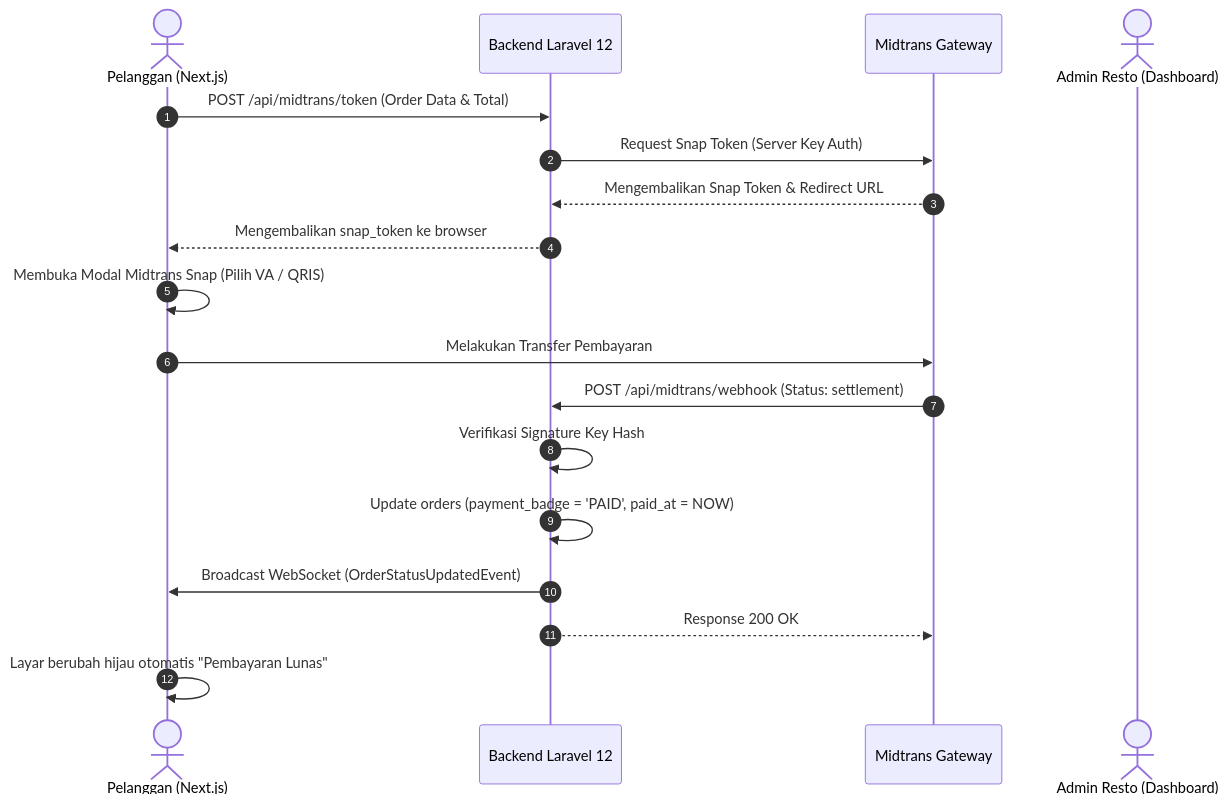
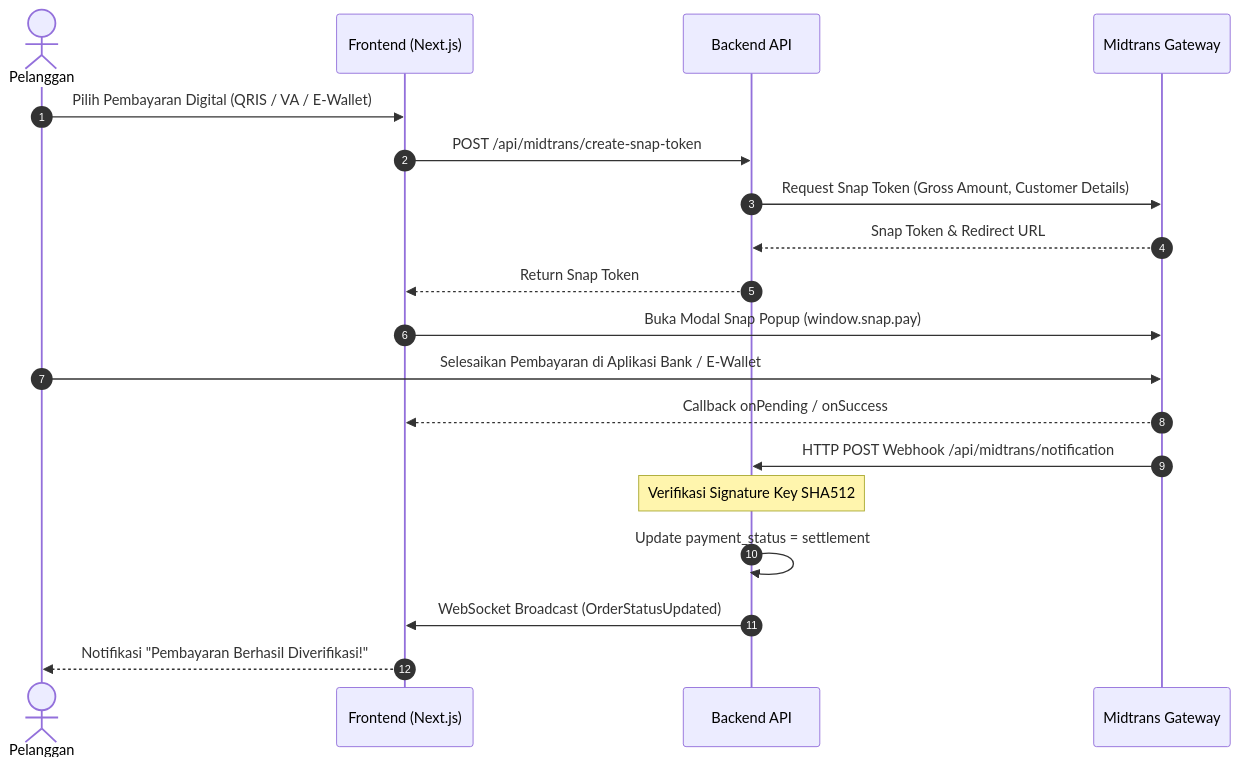
The second of 2 diagrams in nefakky3/docs/WORKFLOW.md (fatihahmadzakky19/Nefakky3), drawn with Mermaid before and after one commit. The commit also changed other lines of this file and 15 other files, not shown here.

````diff
--- a/nefakky3/docs/WORKFLOW.md
+++ b/nefakky3/docs/WORKFLOW.md
@@ -77,21 +78,22 @@
 ```mermaid
 sequenceDiagram
     autonumber
-    actor Customer as Pelanggan (Next.js)
-    participant Laravel as Backend Laravel 12
-    participant Midtrans as Midtrans Gateway
-    actor Admin as Admin Resto (Dashboard)
+    actor C as Pelanggan
+    participant F as Frontend (Next.js)
+    participant B as Backend API
+    participant M as Midtrans Gateway
 
-    Customer->>Laravel: POST /api/midtrans/token (Order Data & Total)
-    Laravel->>Midtrans: Request Snap Token (Server Key Auth)
-    Midtrans-->>Laravel: Mengembalikan Snap Token & Redirect URL
-    Laravel-->>Customer: Mengembalikan snap_token ke browser
-    Customer->>Customer: Membuka Modal Midtrans Snap (Pilih VA / QRIS)
-    Customer->>Midtrans: Melakukan Transfer Pembayaran
-    Midtrans->>Laravel: POST /api/midtrans/webhook (Status: settlement)
-    Laravel->>Laravel: Verifikasi Signature Key Hash
-    Laravel->>Laravel: Update orders (payment_badge = 'PAID', paid_at = NOW)
-    Laravel->>Customer: Broadcast WebSocket (OrderStatusUpdatedEvent)
-    Laravel-->>Midtrans: Response 200 OK
-    Customer->>Customer: Layar berubah hijau otomatis "Pembayaran Lunas"
+    C->>F: Pilih Pembayaran Digital (QRIS / VA / E-Wallet)
+    F->>B: POST /api/midtrans/create-snap-token
+    B->>M: Request Snap Token (Gross Amount, Customer Details)
+    M-->>B: Snap Token & Redirect URL
+    B-->>F: Return Snap Token
+    F->>M: Buka Modal Snap Popup (window.snap.pay)
+    C->>M: Selesaikan Pembayaran di Aplikasi Bank / E-Wallet
+    M-->>F: Callback onPending / onSuccess
+    M->>B: HTTP POST Webhook /api/midtrans/notification
+    Note over B: Verifikasi Signature Key SHA512
+    B->>B: Update payment_status = settlement
+    B->>F: WebSocket Broadcast (OrderStatusUpdated)
+    F-->>C: Notifikasi "Pembayaran Berhasil Diverifikasi!"
 ```
````
